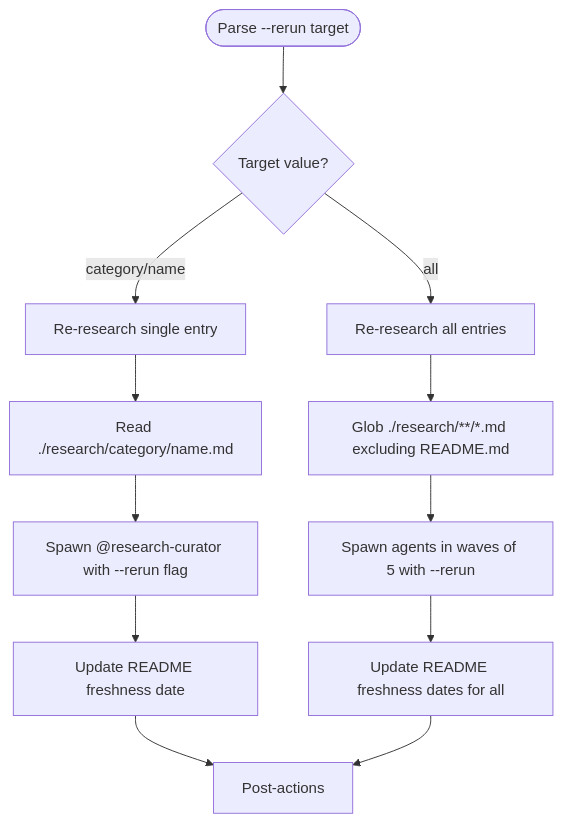
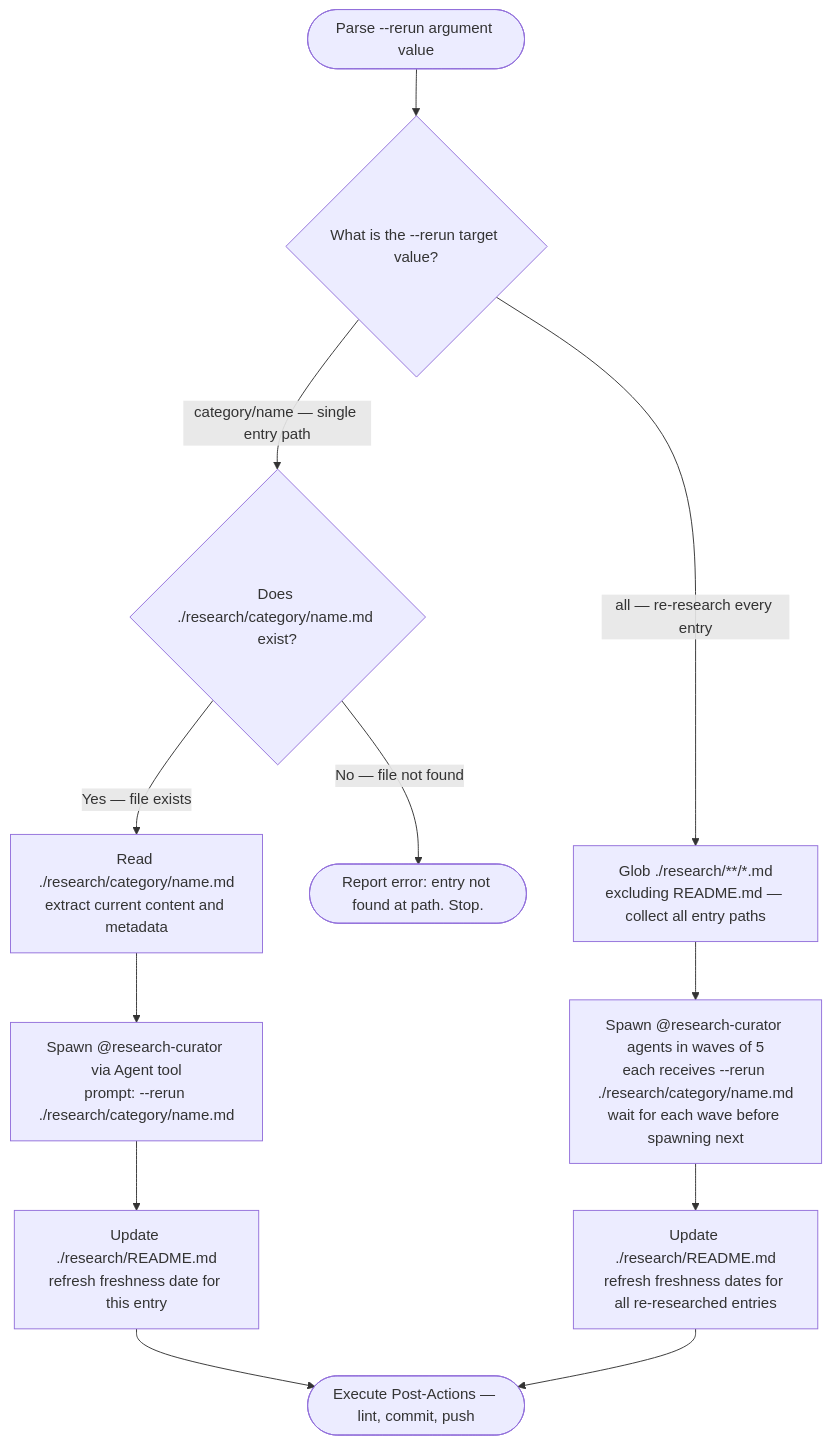
One commit to chgreer1070/claude_skills changed the third of 4 diagrams in .claude/skills/research-curator/SKILL.md. Above: the diagram before and after it, drawn with Mermaid. The commit also changed other lines of this file and 1 other file, not shown here.

Commit message:
docs(research-curator): update skill documentation and batch-mode reference

````diff
--- a/.claude/skills/research-curator/SKILL.md
+++ b/.claude/skills/research-curator/SKILL.md
@@ -147,14 +166,14 @@
 ```mermaid
 flowchart TD
-    Start([Parse --rerun target]) --> Q{Target value?}
-    Q -->|category/name| Single[Re-research single entry]
-    Q -->|all| All[Re-research all entries]
-    Single --> ReadFile[Read ./research/category/name.md]
-    ReadFile --> Spawn1[Spawn @research-curator with --rerun flag]
-    Spawn1 --> UpdateDate[Update README freshness date]
-    All --> FindAll[Glob ./research/**/*.md excluding README.md]
-    FindAll --> WaveSpawn[Spawn agents in waves of 5 with --rerun]
-    WaveSpawn --> UpdateDates[Update README freshness dates for all]
-    UpdateDate --> PostActions[Post-actions]
+    Start(["Parse --rerun argument value"]) --> Q{"What is the --rerun target value?"}
+    Q -->|"category/name — single entry path"| VerifyFile{"Does ./research/category/name.md exist?"}
+    Q -->|"all — re-research every entry"| FindAll["Glob ./research/**/*.md<br>excluding README.md — collect all entry paths"]
+    VerifyFile -->|"No — file not found"| Missing(["Report error: entry not found at path. Stop."])
+    VerifyFile -->|"Yes — file exists"| ReadFile["Read ./research/category/name.md<br>extract current content and metadata"]
+    ReadFile --> Spawn1["Spawn @research-curator via Agent tool<br>prompt: --rerun ./research/category/name.md"]
+    Spawn1 --> UpdateDate["Update ./research/README.md<br>refresh freshness date for this entry"]
+    FindAll --> WaveSpawn["Spawn @research-curator agents in waves of 5<br>each receives --rerun ./research/category/name.md<br>wait for each wave before spawning next"]
+    WaveSpawn --> UpdateDates["Update ./research/README.md<br>refresh freshness dates for all re-researched entries"]
+    UpdateDate --> PostActions(["Execute Post-Actions — lint, commit, push"])
     UpdateDates --> PostActions
 ```
````
